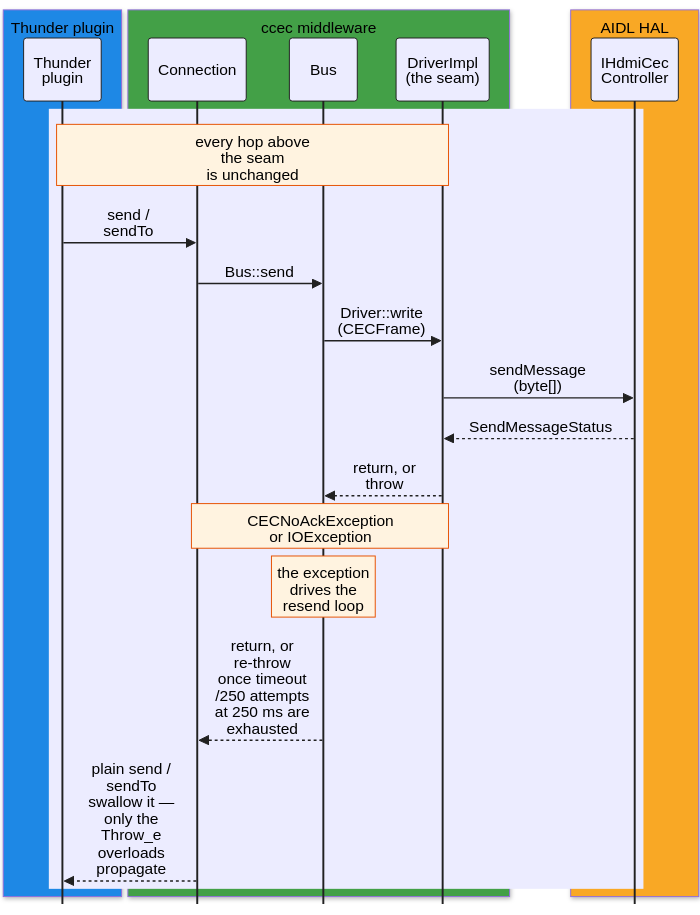
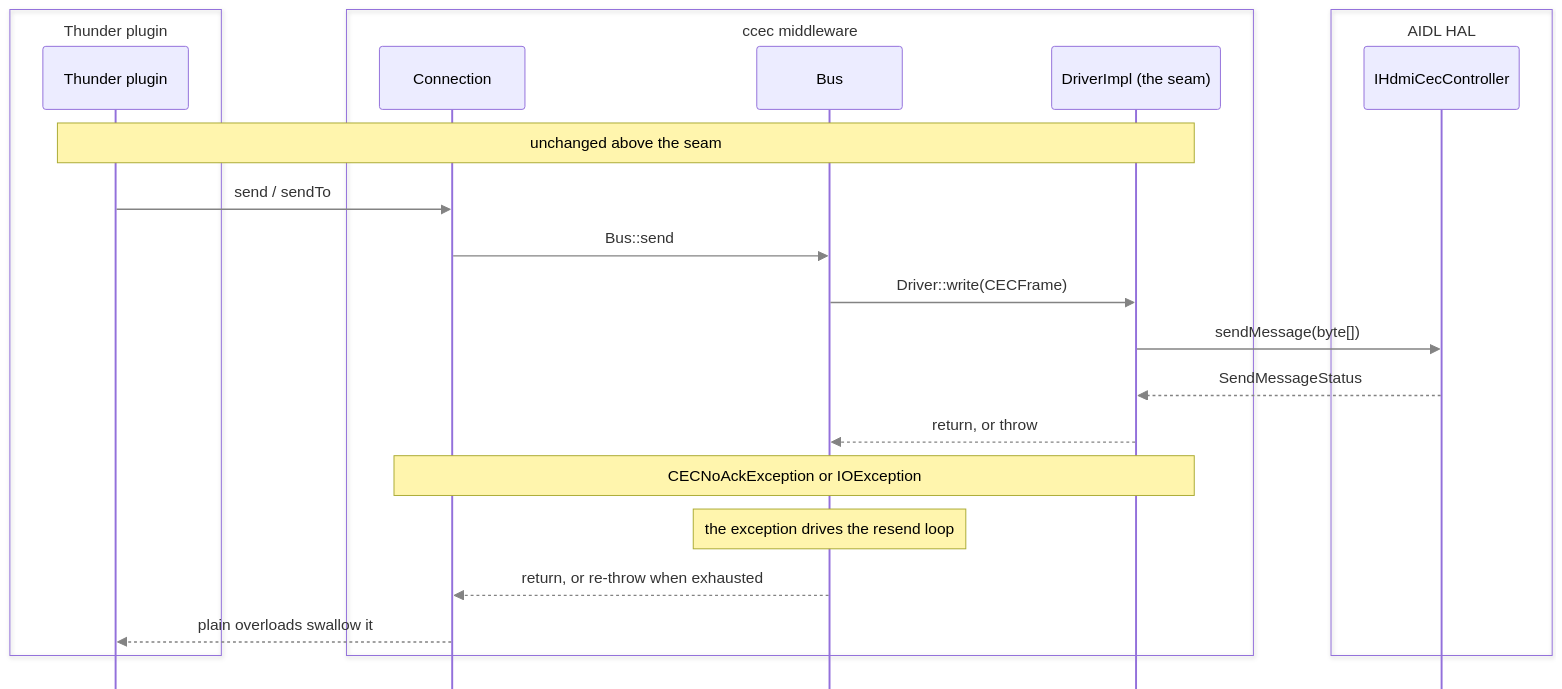
One commit to Blitzy-Sky/rdk-halif-aidl changed the second of 3 diagrams in hdmicec/current/docs/migration_mapping.md. Above: the diagram before and after it, drawn with Mermaid. The commit also changed other lines of this file and 7 other files, not shown here.

First line of the commit message:
docs(hdmicec): resolve QA findings in the CEC HAL migration mapping deliverable

````diff
--- a/hdmicec/current/docs/migration_mapping.md
+++ b/hdmicec/current/docs/migration_mapping.md
@@ -516,30 +519,28 @@
 ```mermaid
-%%{init: {"theme":"default","themeVariables":{"textColor":"#000000","actorBkg":"#ECECFF","actorBorder":"#212121","actorTextColor":"#000000","actorLineColor":"#212121","signalColor":"#212121","signalTextColor":"#000000","noteBkgColor":"#FFF3E0","noteBorderColor":"#E65100","noteTextColor":"#000000"},"sequence":{"diagramMarginX":8,"diagramMarginY":8,"actorMargin":12,"boxMargin":8,"width":70,"noteMargin":6,"messageMargin":28,"mirrorActors":false}}}%%
+%%{init: {"themeVariables":{"signalColor":"#838383"},"sequence":{"diagramMarginX":32,"diagramMarginY":24,"actorMargin":120,"boxMargin":14,"boxTextMargin":6,"width":150,"noteMargin":12,"messageMargin":44,"mirrorActors":false,"wrap":false}}}%%
 sequenceDiagram
     accTitle: Transmit path, unchanged above the ccec seam
     accDescr: A Thunder plugin calls Connection send or sendTo, Connection calls Bus send, Bus calls Driver write with a CECFrame, and only then does DriverImpl, the seam, call sendMessage on IHdmiCecController and receive a SendMessageStatus. Coming back up, the seam either returns or throws CECNoAckException or IOException; that exception drives the Bus resend loop, and Bus returns or re-throws only once the timeout divided by 250 attempts at 250 millisecond intervals are exhausted. The plain send and sendTo overloads swallow the exception, so only the Throw underscore e overloads propagate it to the plugin. Every hop above the seam is unchanged by the migration.
-    box rgb(30,136,229) Thunder plugin
-        participant PL as Thunder<br/>plugin
+    box transparent Thunder plugin
+        participant PL as Thunder plugin
     end
-    box rgb(67,160,71) ccec middleware
+    box transparent ccec middleware
         participant CN as Connection
         participant BU as Bus
-        participant DR as DriverImpl<br/>(the seam)
+        participant DR as DriverImpl (the seam)
     end
-    box rgb(249,168,37) AIDL HAL
-        participant HAL as IHdmiCec<br/>Controller
+    box transparent AIDL HAL
+        participant HAL as IHdmiCecController
     end
-    rect rgb(236,236,255)
-    Note over PL,DR: every hop above<br/>the seam<br/>is unchanged
-    PL->>CN: send /<br/>sendTo
+    Note over PL,DR: unchanged above the seam
+    PL->>CN: send / sendTo
     CN->>BU: Bus::send
-    BU->>DR: Driver::write<br/>(CECFrame)
-    DR->>HAL: sendMessage<br/>(byte[])
+    BU->>DR: Driver::write(CECFrame)
+    DR->>HAL: sendMessage(byte[])
     HAL-->>DR: SendMessageStatus
-    DR-->>BU: return, or<br/>throw
-    Note over CN,DR: CECNoAckException<br/>or IOException
-    Note over BU: the exception<br/>drives the<br/>resend loop
-    BU-->>CN: return, or<br/>re-throw<br/>once timeout<br/>/250 attempts<br/>at 250 ms are<br/>exhausted
-    CN-->>PL: plain send /<br/>sendTo<br/>swallow it —<br/>only the<br/>Throw_e<br/>overloads<br/>propagate
-    end
+    DR-->>BU: return, or throw
+    Note over CN,DR: CECNoAckException or IOException
+    Note over BU: the exception drives the resend loop
+    BU-->>CN: return, or re-throw when exhausted
+    CN-->>PL: plain overloads swallow it
 ```
````
